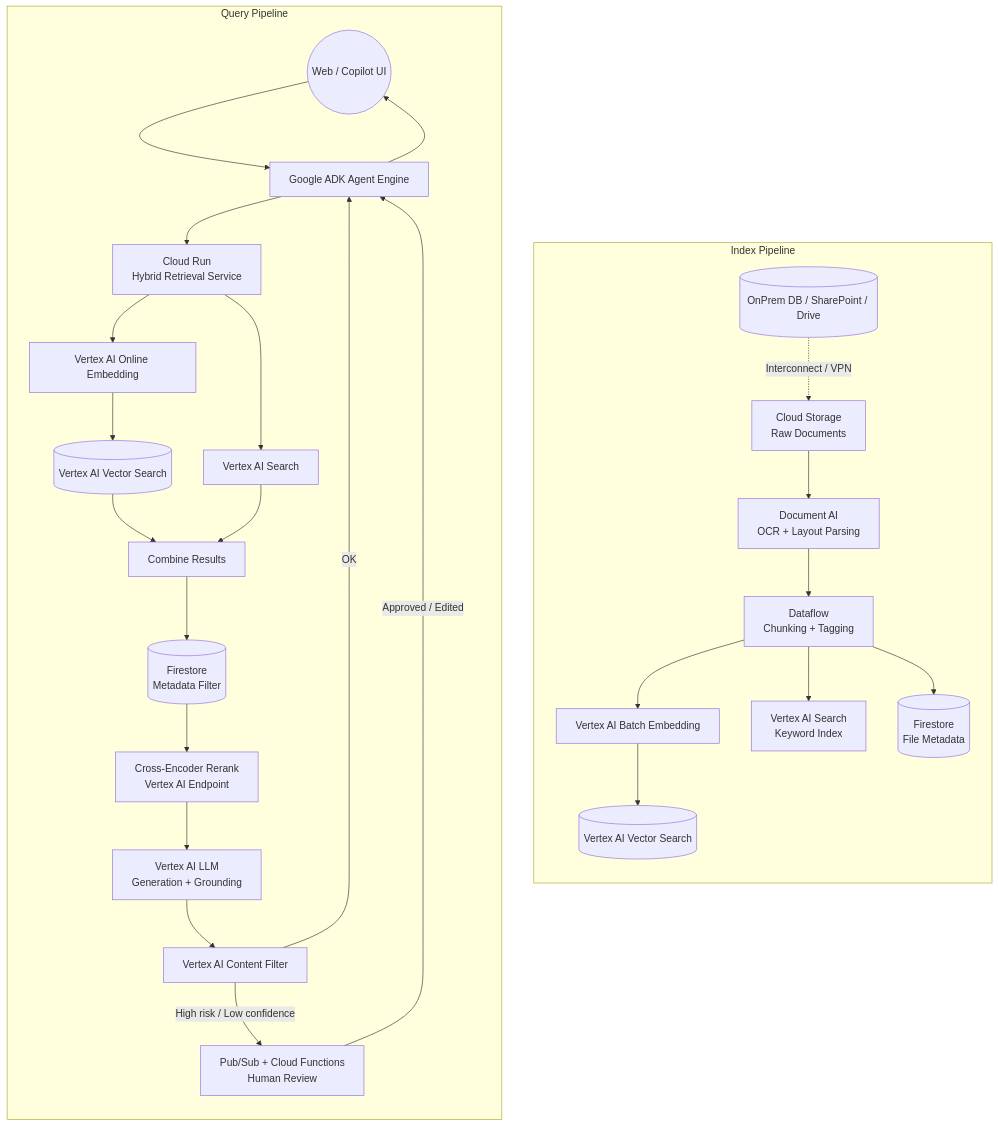
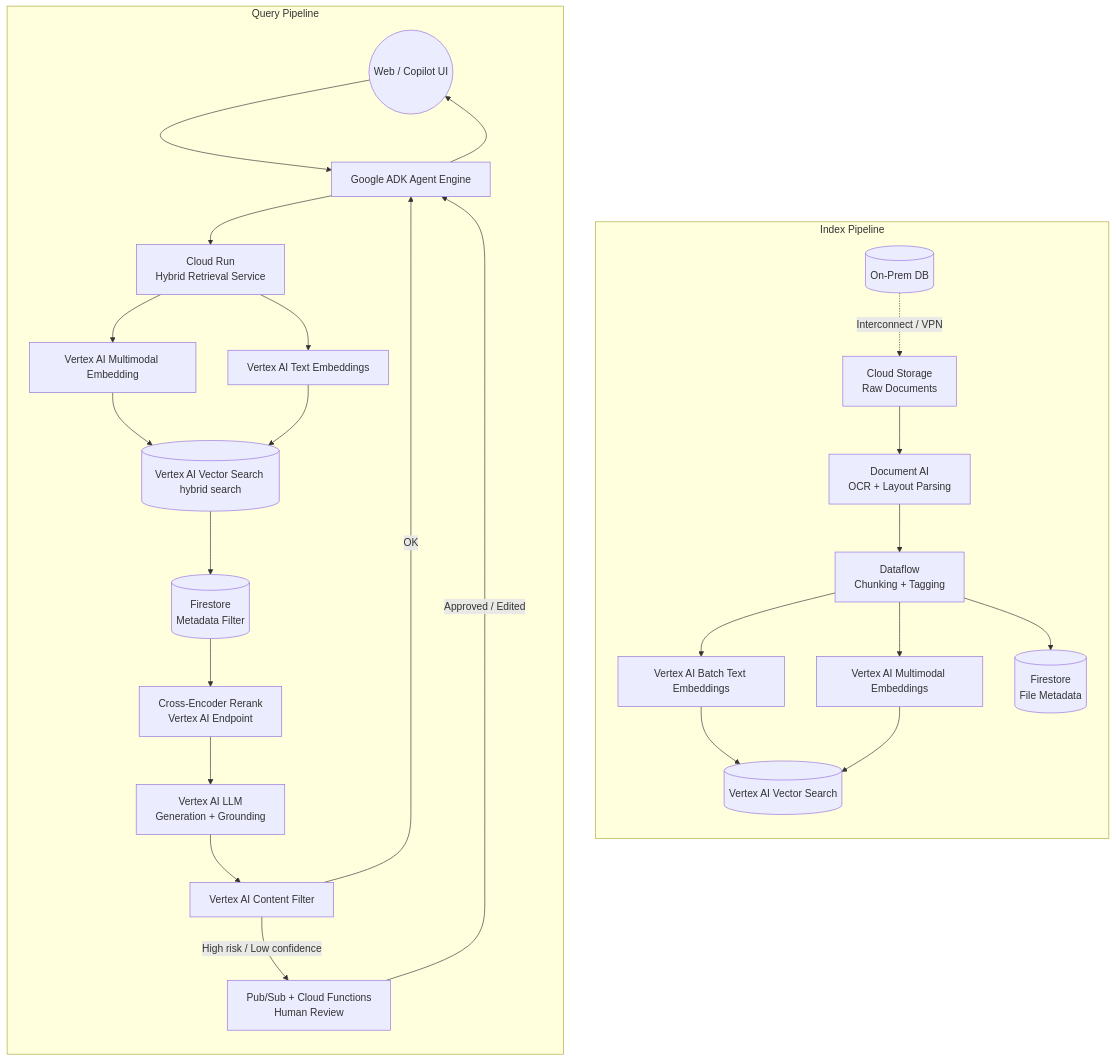
Before and after one commit to RUI-LONG/Awesome-FDE-Roadmap: the second of 3 diagrams in rag-template.md, drawn with Mermaid. The commit also changed other lines of this file, not shown here.

````diff
--- a/rag-template.md
+++ b/rag-template.md
@@ -85,43 +90,43 @@
 ```mermaid
 graph TB
 
 subgraph "Index Pipeline"
 direction TB
 
-    Src[(OnPrem DB / SharePoint / Drive)]
+    Src[(On-Prem DB)]
     Src -.->|Interconnect / VPN| GCS[Cloud Storage<br/>Raw Documents]
     GCS --> DocAI[Document AI<br/>OCR + Layout Parsing]
     DocAI --> Chunk[Dataflow<br/>Chunking + Tagging]
-    Chunk --> BatchEmbed[Vertex AI Batch Embedding]
-    BatchEmbed --> VecStore[(Vertex AI Vector Search)]
-    Chunk --> KeywordIndex[Vertex AI Search<br/>Keyword Index]
+    Chunk --> TextEmbed[Vertex AI Batch Text Embeddings]
+    Chunk --> MultimodalEmbed[Vertex AI Multimodal Embeddings]
+    TextEmbed --> VecStore[(Vertex AI Vector Search)]
+    MultimodalEmbed --> VecStore[(Vertex AI Vector Search)]
     Chunk --> MetaStore[(Firestore<br/>File Metadata)]
 
 end
 
 %% =========================
 %% ========== QUERY PIPELINE ==========
 %% =========================
 subgraph "Query Pipeline"
 direction TB
 
     User((Web / Copilot UI))
     User --> Agent[Google ADK Agent Engine]
     Agent --> Hybrid[Cloud Run<br/>Hybrid Retrieval Service]
-    Hybrid --> OnlineEmbed[Vertex AI Online Embedding]
-    OnlineEmbed --> ANN[(Vertex AI Vector Search)]
-    Hybrid --> Keyword[Vertex AI Search]
-    ANN --> Combine[Combine Results<br/>]
-    Keyword --> Combine
-    Combine --> MetaFilter[(Firestore<br/>Metadata Filter)]
+    Hybrid --> MultimodalEmbedd[Vertex AI Multimodal Embedding]
+    Hybrid --> TextEmbedd[Vertex AI Text Embeddings]
+    MultimodalEmbedd --> ANN[(Vertex AI Vector Search <br\>hybrid search)]
+    TextEmbedd --> ANN
+    ANN --> MetaFilter[(Firestore<br/>Metadata Filter)]
     MetaFilter --> Rerank[Cross-Encoder Rerank<br/>Vertex AI Endpoint]
     Rerank --> LLM[Vertex AI LLM <br/>Generation + Grounding]
     LLM --> ContentFilter[Vertex AI Content Filter]
     ContentFilter -->|High risk / Low confidence| Human[Pub/Sub + Cloud Functions<br/>Human Review]
     Human -->|Approved / Edited| Agent
     ContentFilter -->|OK| Agent
     Agent --> User
 
 end
 
 ```
````
